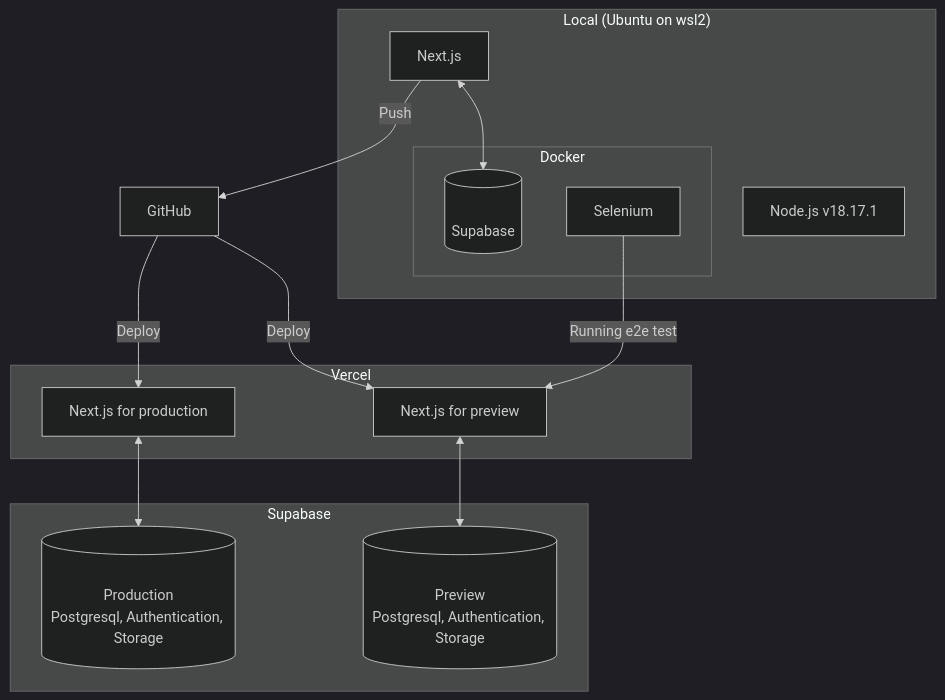
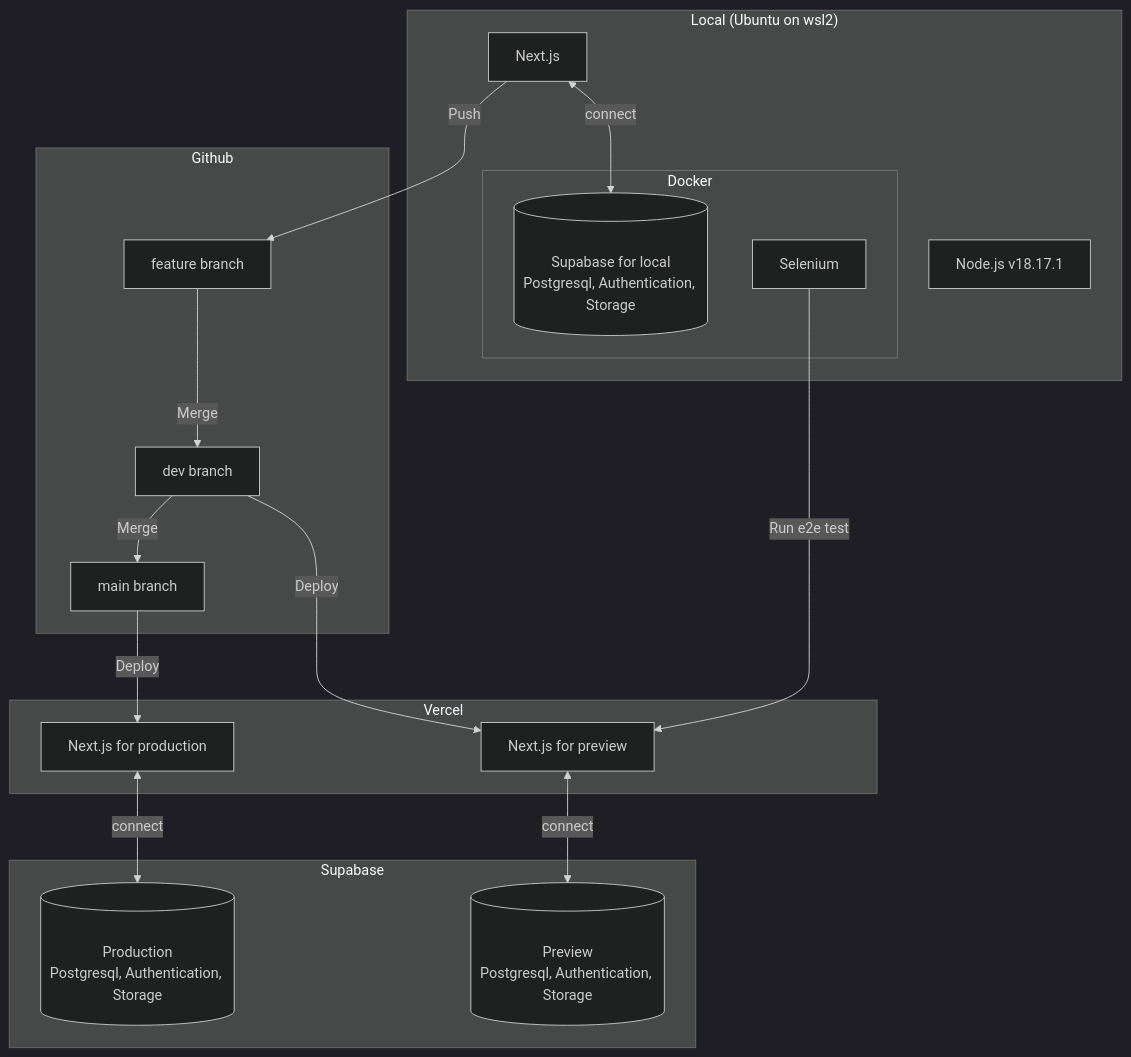
The diagram in README.md (ucho456job/lgtmeme_frontend), drawn with Mermaid (dark theme) before and after one commit.

````diff
--- a/README.md
+++ b/README.md
@@ -28,27 +28,33 @@
 ```mermaid
 graph TD;
   subgraph "Local (Ubuntu on wsl2)"
     Next.js[Next.js]
     Node.js[Node.js v18.17.1]
     subgraph "Docker"
-      SupaLocal[(<br>Supabase)]
+      SupaLocal[(<br>Supabase for local<br>Postgresql, Authentication, Storage)]
       Selenium[Selenium]
     end
   end
-  GitHub[GitHub]
+  subgraph "Github"
+    main[main branch]
+    dev[dev branch]
+    feature[feature branch]
+  end
   subgraph "Vercel"
     Prod[Next.js for production]
     Pre[Next.js for preview]
   end
   subgraph "Supabase"
     SupaProd[(<br>Production<br>Postgresql, Authentication, Storage)]
     SupaPre[(<br>Preview<br>Postgresql, Authentication, Storage)]
   end
-  Next.js<-->SupaLocal;
-  Next.js--Push-->GitHub;
-  GitHub--Deploy-->Prod;
-  GitHub--Deploy-->Pre;
-  Prod<-->SupaProd;
-  Pre<-->SupaPre;
-  Selenium--Running e2e test-->Pre;
+  Next.js<--connect-->SupaLocal;
+  Next.js--Push-->feature;
+  feature--Merge-->dev;
+  dev--Merge-->main;
+  main--Deploy-->Prod;
+  dev--Deploy-->Pre;
+  Selenium--Run e2e test-->Pre;
+  Prod<--connect-->SupaProd;
+  Pre<--connect-->SupaPre;
 ```
````
